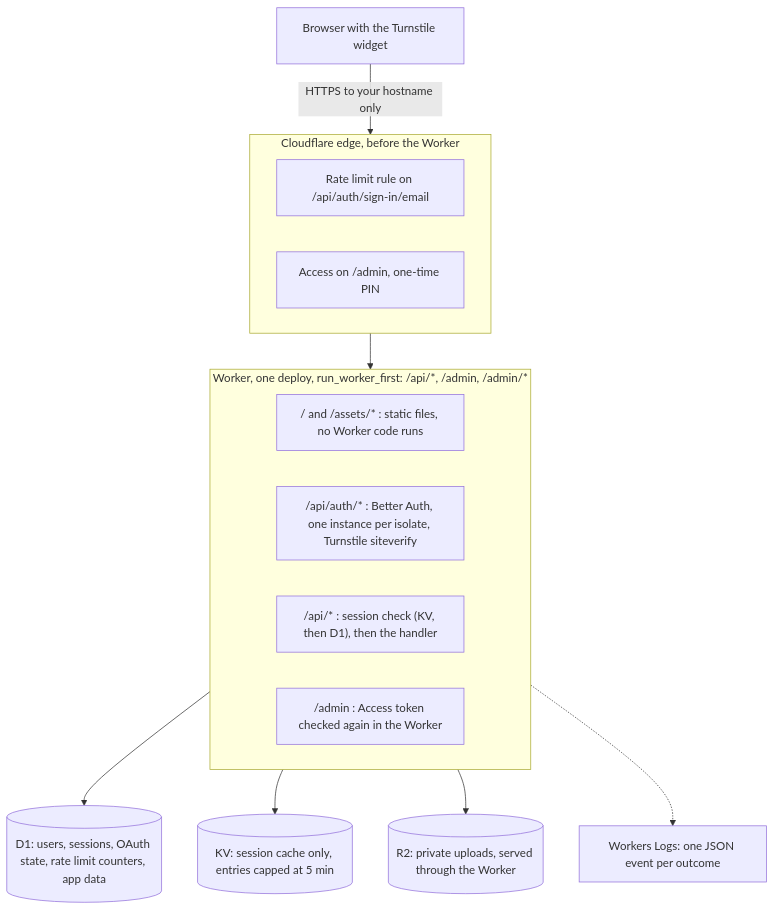
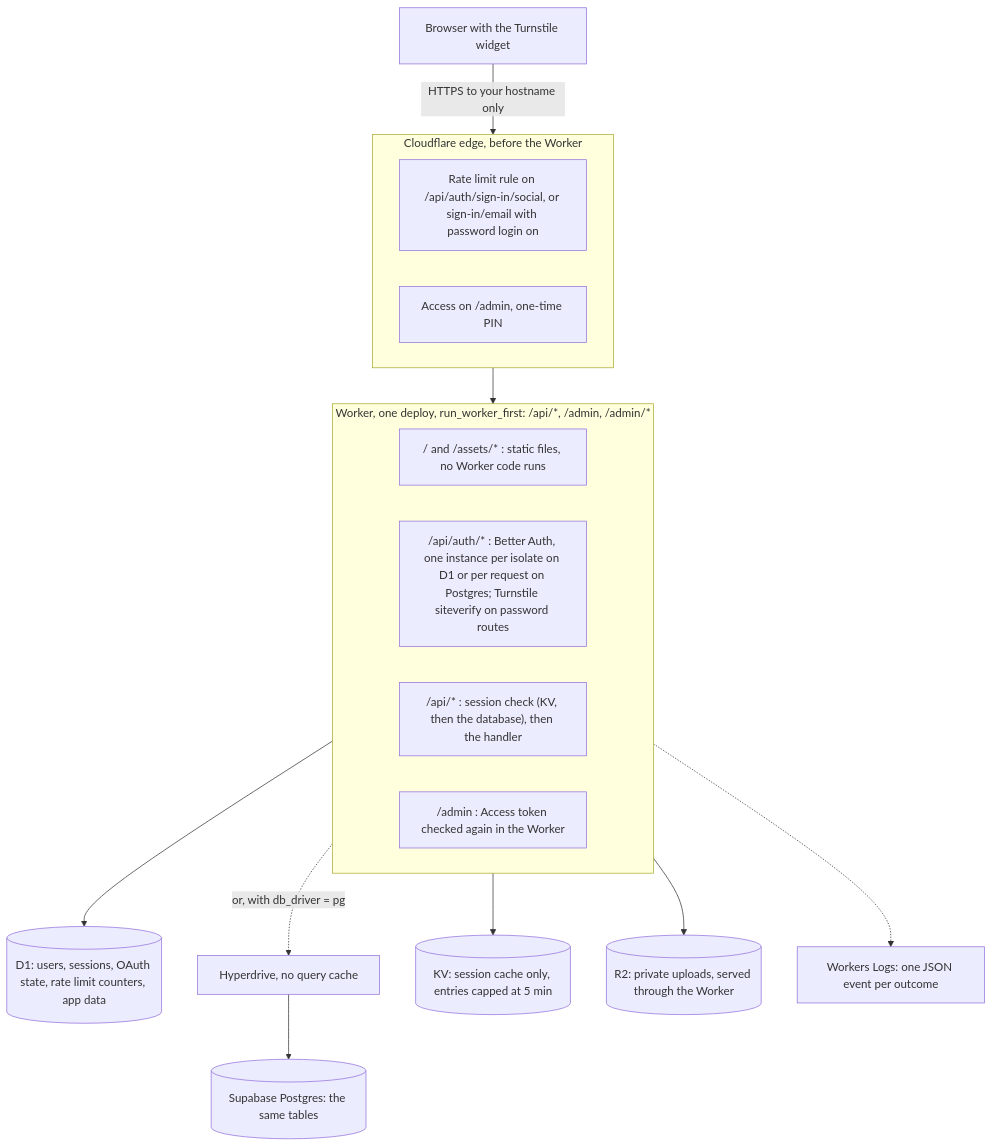
The diagram in docs/ARCHITECTURE.md (jadedm/cloudflare-startup-starter), drawn with Mermaid before and after one commit. The commit also changed other lines of this file and 4 other files, not shown here.

````diff
--- a/docs/ARCHITECTURE.md
+++ b/docs/ARCHITECTURE.md
@@ -3,19 +3,20 @@
 ```mermaid
 flowchart TD
   B["Browser with the Turnstile widget"] -->|HTTPS to your hostname only| E
   subgraph E["Cloudflare edge, before the Worker"]
-    RL["Rate limit rule on /api/auth/sign-in/email"]
+    RL["Rate limit rule on /api/auth/sign-in/social, or sign-in/email with password login on"]
     AC["Access on /admin, one-time PIN"]
   end
   E --> W
   subgraph W["Worker, one deploy, run_worker_first: /api/*, /admin, /admin/*"]
     SA["/ and /assets/* : static files, no Worker code runs"]
-    BA["/api/auth/* : Better Auth, one instance per isolate, Turnstile siteverify"]
-    API["/api/* : session check (KV, then D1), then the handler"]
+    BA["/api/auth/* : Better Auth, one instance per isolate on D1 or per request on Postgres; Turnstile siteverify on password routes"]
+    API["/api/* : session check (KV, then the database), then the handler"]
     ADM["/admin : Access token checked again in the Worker"]
   end
   W --> D1[("D1: users, sessions, OAuth state, rate limit counters, app data")]
+  W -.->|"or, with db_driver = pg"| HD["Hyperdrive, no query cache"] --> PG[("Supabase Postgres: the same tables")]
   W --> KV[("KV: session cache only, entries capped at 5 min")]
   W --> R2[("R2: private uploads, served through the Worker")]
   W -.-> L["Workers Logs: one JSON event per outcome"]
 ```
````
